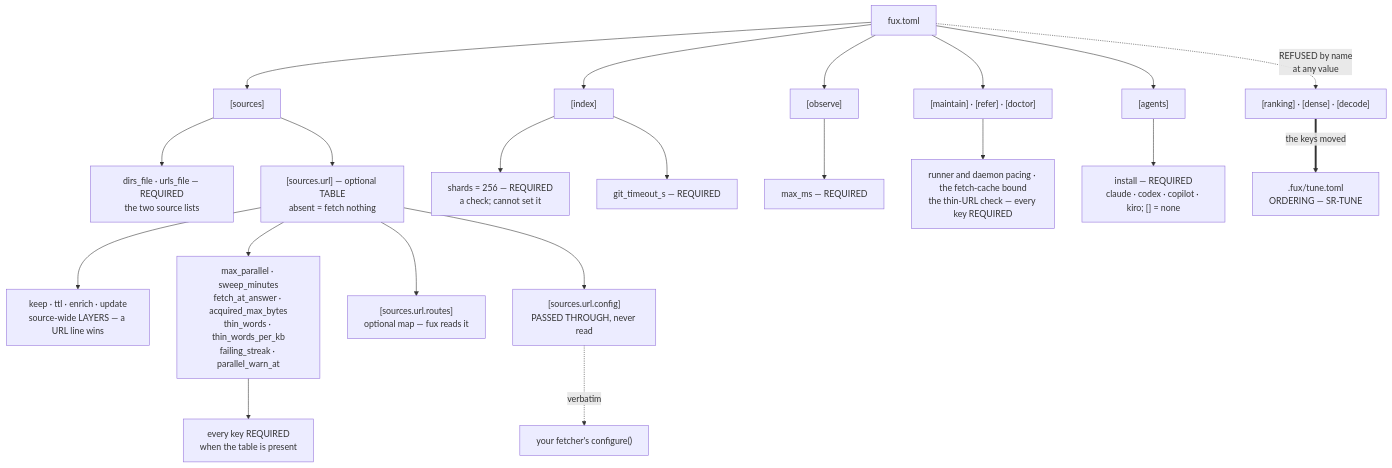
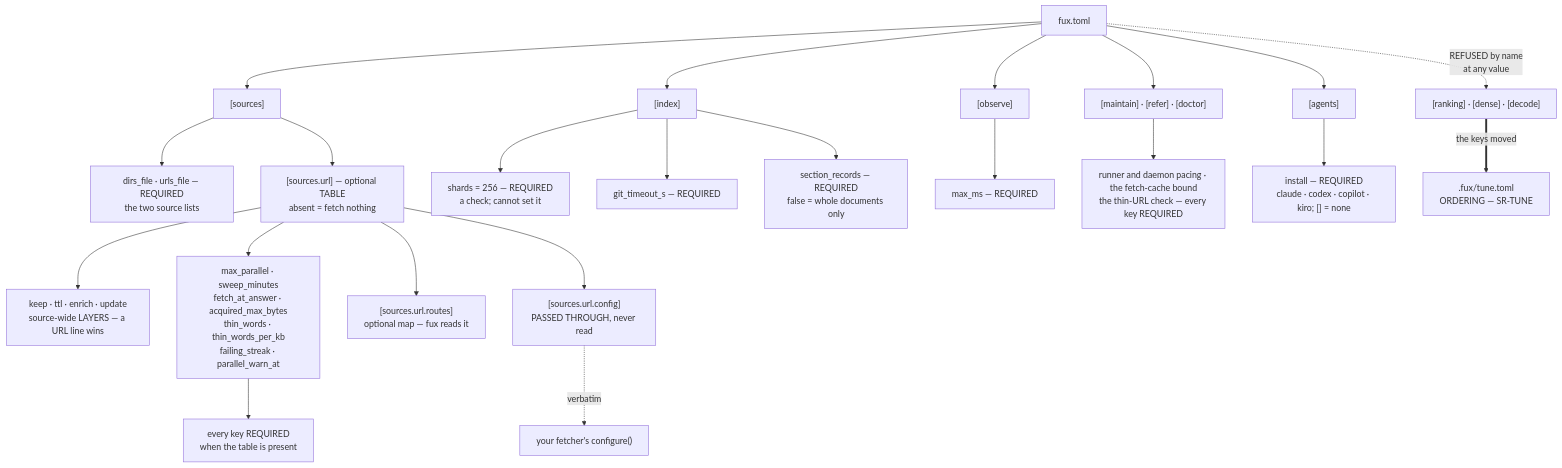
Before and after one commit to arpitarya/fux: the diagram in records/0113_config.md, drawn with Mermaid. The commit also changed other lines of this file and 33 other files, not shown here.

````diff
--- a/records/0113_config.md
+++ b/records/0113_config.md
@@ -62,23 +62,24 @@
 ```mermaid
 flowchart TD
     F["fux.toml"] --> S["[sources]"]
     S --> D["dirs_file · urls_file — REQUIRED<br/>the two source lists"]
     S --> U["[sources.url] — optional TABLE<br/>absent = fetch nothing"]
     U --> ME["keep · ttl · enrich · update<br/>source-wide LAYERS — a URL line wins"]
     U --> MP["max_parallel · sweep_minutes<br/>fetch_at_answer · acquired_max_bytes<br/>thin_words · thin_words_per_kb<br/>failing_streak · parallel_warn_at"]
     MP --> RQ["every key REQUIRED<br/>when the table is present"]
     U --> RO["[sources.url.routes]<br/>optional map — fux reads it"]
     U --> CF["[sources.url.config]<br/>PASSED THROUGH, never read"]
     F --> I["[index]"]
     I --> SH["shards = 256 — REQUIRED<br/>a check; cannot set it"]
     I --> GT["git_timeout_s — REQUIRED"]
+    I --> SR["section_records — REQUIRED<br/>false = whole documents only"]
     F --> OB["[observe]"]
     OB --> OM["max_ms — REQUIRED"]
     F --> MA["[maintain] · [refer] · [doctor]"]
     MA --> MK["runner and daemon pacing · the fetch-cache bound<br/>the thin-URL check — every key REQUIRED"]
     F --> AG["[agents]"]
     AG --> AI["install — REQUIRED<br/>claude · codex · copilot · kiro; [] = none"]
     F -.->|"REFUSED by name<br/>at any value"| RT["[ranking] · [dense] · [decode]"]
     RT ==>|"the keys moved"| TU[".fux/tune.toml<br/>ORDERING — SR-TUNE"]
     CF -.->|"verbatim"| MW["your fetcher's configure()"]
 ```
````
